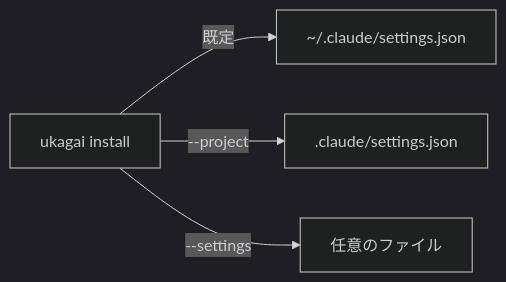
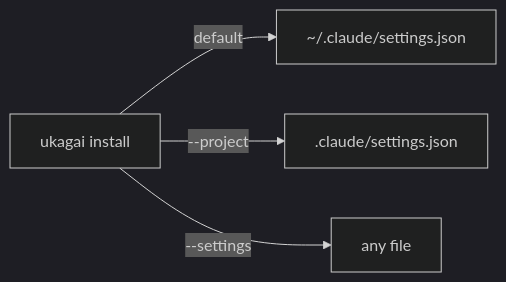
Before and after one commit to Asugawara/ukagai: the diagram in test/explain-fixtures/fail-no-question.md, drawn with Mermaid (dark theme). The commit also changed other lines of this file and 37 other files, not shown here.

````diff
--- a/test/explain-fixtures/fail-no-question.md
+++ b/test/explain-fixtures/fail-no-question.md
@@ -26,6 +26,6 @@
 ```mermaid
 flowchart LR
-  I[ukagai install] -->|既定| U[~/.claude/settings.json]
+  I[ukagai install] -->|default| U[~/.claude/settings.json]
   I -->|--project| P[.claude/settings.json]
-  I -->|--settings| F[任意のファイル]
+  I -->|--settings| F[any file]
 ```
````
